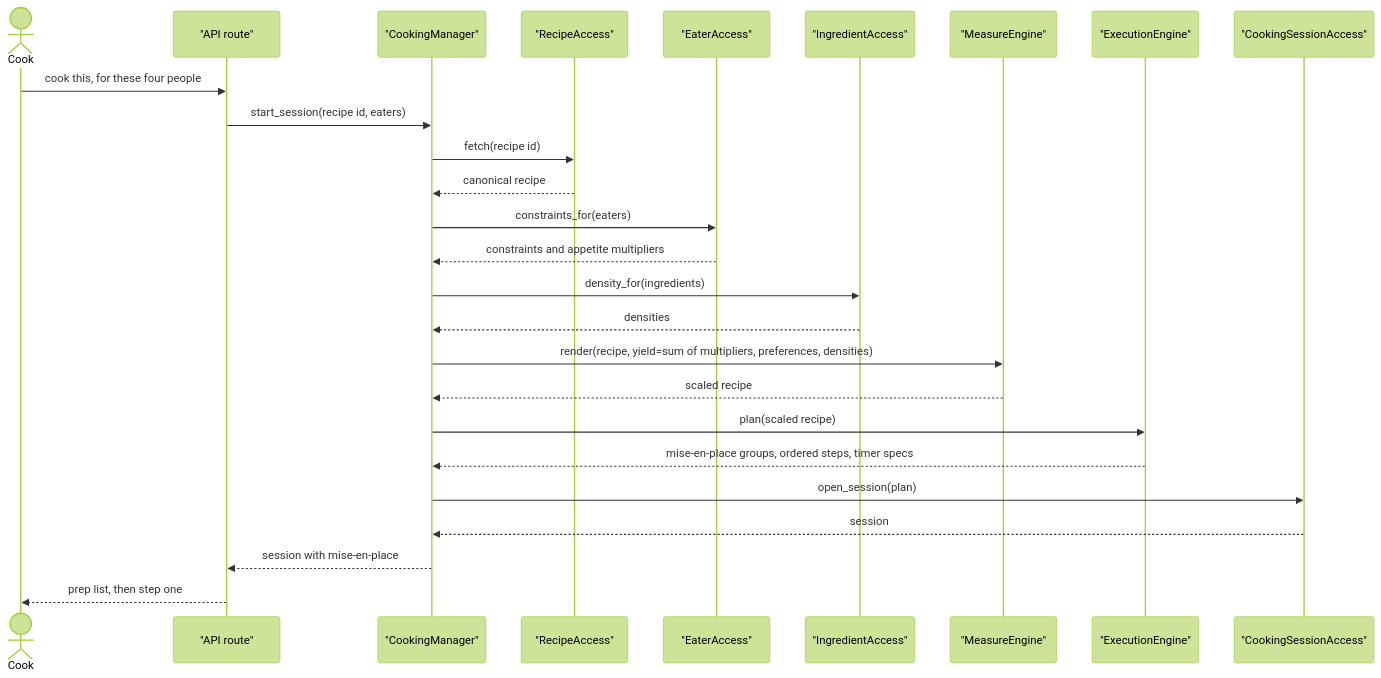
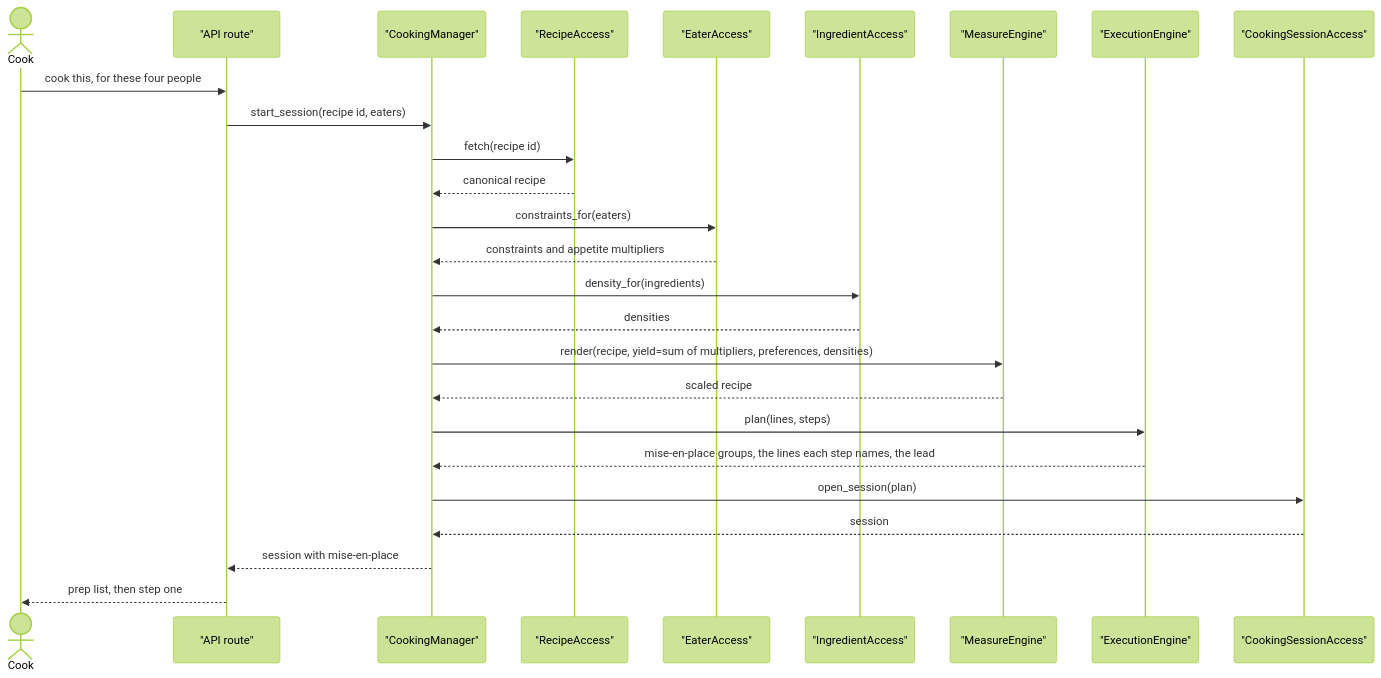
The fourth of 9 diagrams in doc/05-use-case-flows.md (h3ll5ur7er/quookly), drawn with Mermaid (forest theme) before and after one commit. The commit also changed other lines of this file and 7 other files, not shown here.

````diff
--- a/doc/05-use-case-flows.md
+++ b/doc/05-use-case-flows.md
@@ -164,29 +164,29 @@
 ```mermaid
 sequenceDiagram
   actor Cook
   participant API as "API route"
   participant CKM as "CookingManager"
   participant RCA as "RecipeAccess"
   participant EAT as "EaterAccess"
   participant ING as "IngredientAccess"
   participant ME as "MeasureEngine"
   participant EXE as "ExecutionEngine"
   participant SES as "CookingSessionAccess"
 
   Cook->>API: cook this, for these four people
   API->>CKM: start_session(recipe id, eaters)
   CKM->>RCA: fetch(recipe id)
   RCA-->>CKM: canonical recipe
   CKM->>EAT: constraints_for(eaters)
   EAT-->>CKM: constraints and appetite multipliers
   CKM->>ING: density_for(ingredients)
   ING-->>CKM: densities
   CKM->>ME: render(recipe, yield=sum of multipliers, preferences, densities)
   ME-->>CKM: scaled recipe
-  CKM->>EXE: plan(scaled recipe)
-  EXE-->>CKM: mise-en-place groups, ordered steps, timer specs
+  CKM->>EXE: plan(lines, steps)
+  EXE-->>CKM: mise-en-place groups, the lines each step names, the lead
   CKM->>SES: open_session(plan)
   SES-->>CKM: session
   CKM-->>API: session with mise-en-place
   API-->>Cook: prep list, then step one
 ```
````
